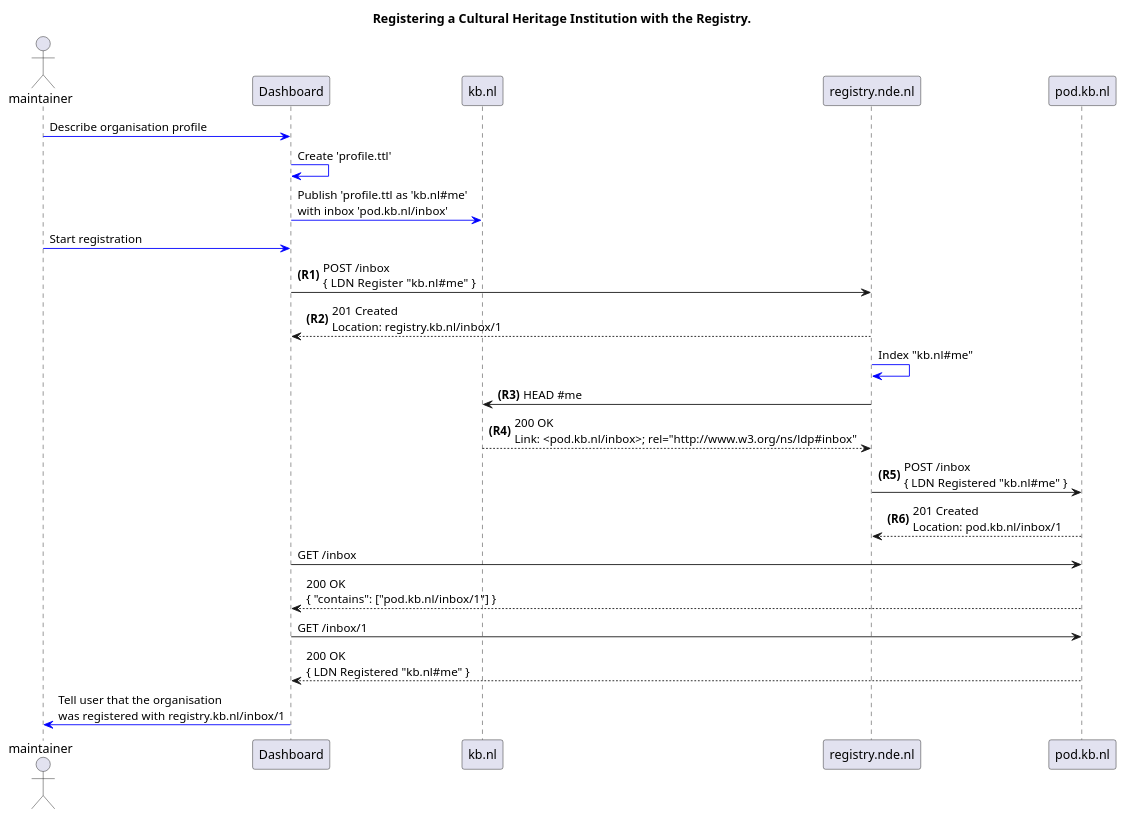
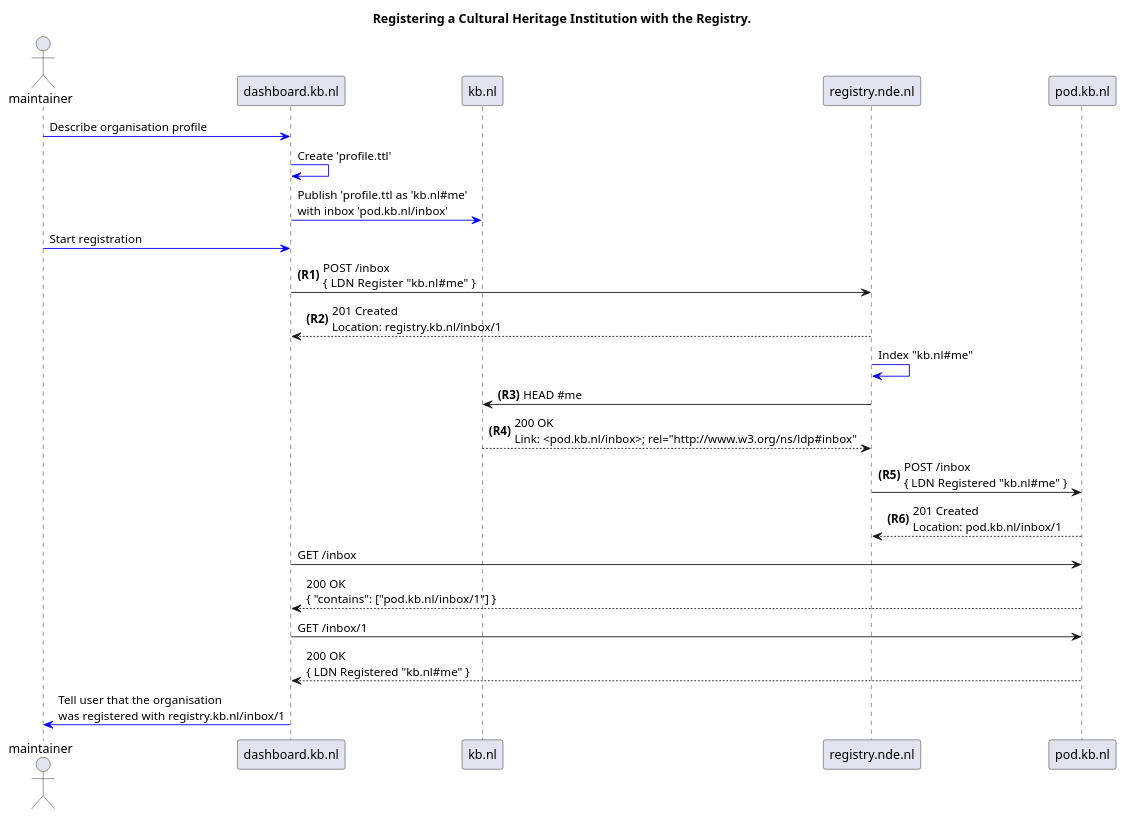
One commit to ErfgoedPod/usecases changed the diagram in diagrams/new-organisation-registry.puml. Above: the diagram before and after it, drawn with PlantUML. The commit also changed 4 other files, not shown here.

```diff
--- a/diagrams/new-organisation-registry.puml
+++ b/diagrams/new-organisation-registry.puml
@@ -1,43 +1,43 @@
 @startuml new-organisation-registry
 
 title
  Registering a Cultural Heritage Institution with the Registry.
 end title
 
 autonumber "<b>(R0)"
 actor maintainer as M 
-participant Dashboard as D
+participant dashboard.kb.nl as D
 participant kb.nl as WS
 participant registry.nde.nl as R
 participant pod.kb.nl as Pod
 
 autonumber stop
 M -[#0000FF]> D: Describe organisation profile
 D -[#0000FF]> D: Create 'profile.ttl'
 D -[#0000FF]> WS: Publish 'profile.ttl as 'kb.nl#me'\nwith inbox 'pod.kb.nl/inbox'
 
 M -[#0000FF]> D: Start registration
 autonumber resume
 D -> R: POST /inbox\n{ LDN Register "kb.nl#me"  }
 D <-- R: 201 Created\nLocation: registry.kb.nl/inbox/1
 
 autonumber stop
 R -[#0000FF]> R: Index "kb.nl#me"
 
 autonumber resume
 R -> WS: HEAD #me
 R <-- WS: 200 OK\nLink: <pod.kb.nl/inbox>; rel="http://www.w3.org/ns/ldp#inbox"
 
 R -> Pod: POST /inbox\n{ LDN Registered "kb.nl#me" }
 R <-- Pod: 201 Created\nLocation: pod.kb.nl/inbox/1
 
 autonumber stop
 D -> Pod: GET /inbox
 D <-- Pod: 200 OK\n{ "contains": ["pod.kb.nl/inbox/1"] }
 
 D -> Pod: GET /inbox/1
 D <-- Pod: 200 OK\n{ LDN Registered "kb.nl#me" }
 D -[#0000FF]> M: Tell user that the organisation\nwas registered with registry.kb.nl/inbox/1
 
 
 @enduml
```
